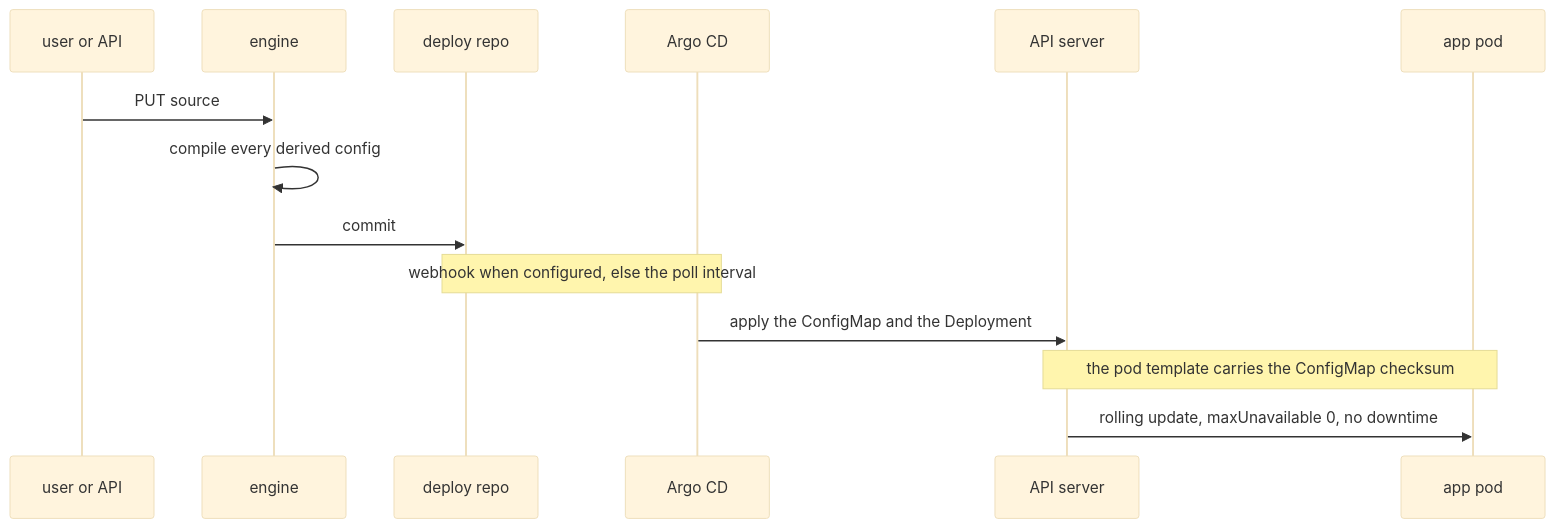
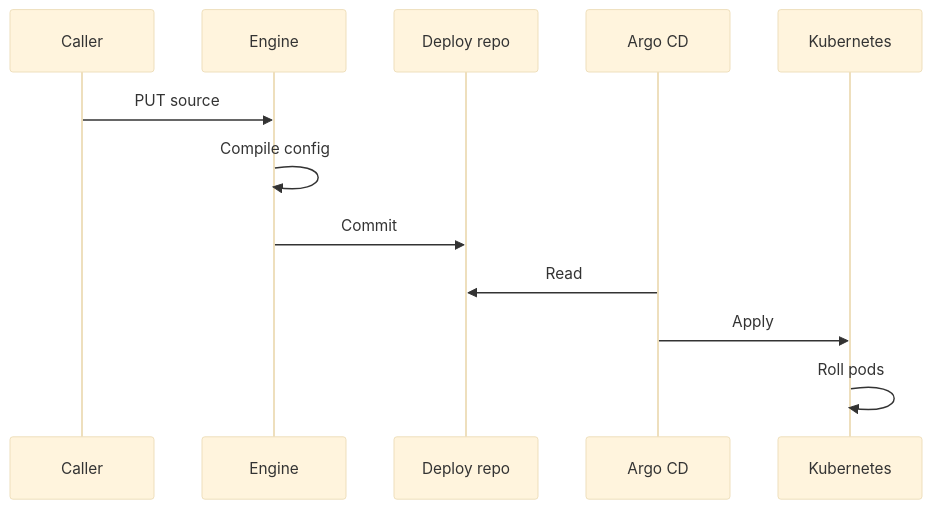
Before and after one commit to hyperi-io/dfe-engine: the third of 3 diagrams in docs/data-plane/source-flow.md, drawn with Mermaid (base theme). The commit also changed other lines of this file and 71 other files, not shown here.

First line of the commit message:
docs(engine): fix 159 claims and redraw every diagram

````diff
--- a/docs/data-plane/source-flow.md
+++ b/docs/data-plane/source-flow.md
@@ -109,16 +142,16 @@
 ```mermaid
 sequenceDiagram
-  participant U as user or API
-  participant E as engine
-  participant G as deploy repo
-  participant A as Argo CD
-  participant S as API server
-  participant P as app pod
-  U->>E: PUT source
-  E->>E: compile every derived config
-  E->>G: commit
-  Note over G,A: webhook when configured, else the poll interval
-  A->>S: apply the ConfigMap and the Deployment
-  Note over S,P: the pod template carries the ConfigMap checksum
-  S->>P: rolling update, maxUnavailable 0, no downtime
+    accTitle: L4 Detail -- A source change reaching a pod
+    accDescr: A caller writes a source. The engine compiles every derived config and commits it to the deploy repo. Argo CD reads the commit and applies the ConfigMap and the Deployment, and Kubernetes rolls the app pods.
+    participant user as Caller
+    participant engine as Engine
+    participant repo as Deploy repo
+    participant argo as Argo CD
+    participant k8s as Kubernetes
+    user->>engine: PUT source
+    engine->>engine: Compile config
+    engine->>repo: Commit
+    argo->>repo: Read
+    argo->>k8s: Apply
+    k8s->>k8s: Roll pods
 ```
````
